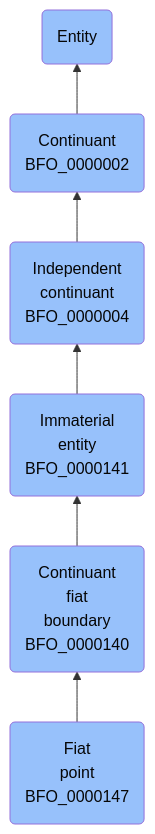
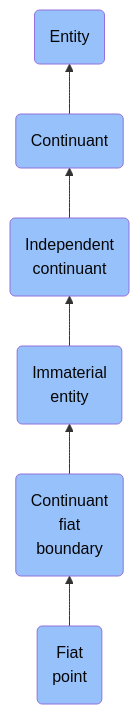
The diagram in docs/ontology/reference/model/Entity/Continuant/Independent continuant/Immaterial entity/Continuant fiat boundary/Fiat point/Fiat point.md (jupyter-naas/abi), drawn with Mermaid before and after one commit. The commit also changed other lines of this file and 1430 other files, not shown here.

````diff
--- a/docs/ontology/reference/model/Entity/Continuant/Independent continuant/Immaterial entity/Continuant fiat boundary/Fiat point/Fiat point.md
+++ b/docs/ontology/reference/model/Entity/Continuant/Independent continuant/Immaterial entity/Continuant fiat boundary/Fiat point/Fiat point.md
@@ -24,13 +24,13 @@
 ```mermaid
 graph BT
-    BFO_0000147(Fiat<br>point<br>BFO_0000147):::BFO-->BFO_0000140
-    BFO_0000140(Continuant<br>fiat<br>boundary<br>BFO_0000140):::BFO-->BFO_0000141
-    BFO_0000141(Immaterial<br>entity<br>BFO_0000141):::BFO-->BFO_0000004
-    BFO_0000004(Independent<br>continuant<br>BFO_0000004):::BFO-->BFO_0000002
-    BFO_0000002(Continuant<br>BFO_0000002):::BFO-->BFO_0000001
+    BFO_0000147(Fiat<br>point):::BFO-->BFO_0000140
+    BFO_0000140(Continuant<br>fiat<br>boundary):::BFO-->BFO_0000141
+    BFO_0000141(Immaterial<br>entity):::BFO-->BFO_0000004
+    BFO_0000004(Independent<br>continuant):::BFO-->BFO_0000002
+    BFO_0000002(Continuant):::BFO-->BFO_0000001
     BFO_0000001(Entity):::BFO
     
     classDef BFO fill:#97c1fb,color:#060606
     classDef CCO fill:#e4c51e,color:#060606
     classDef ABI fill:#48DD82,color:#060606
 ```
````
